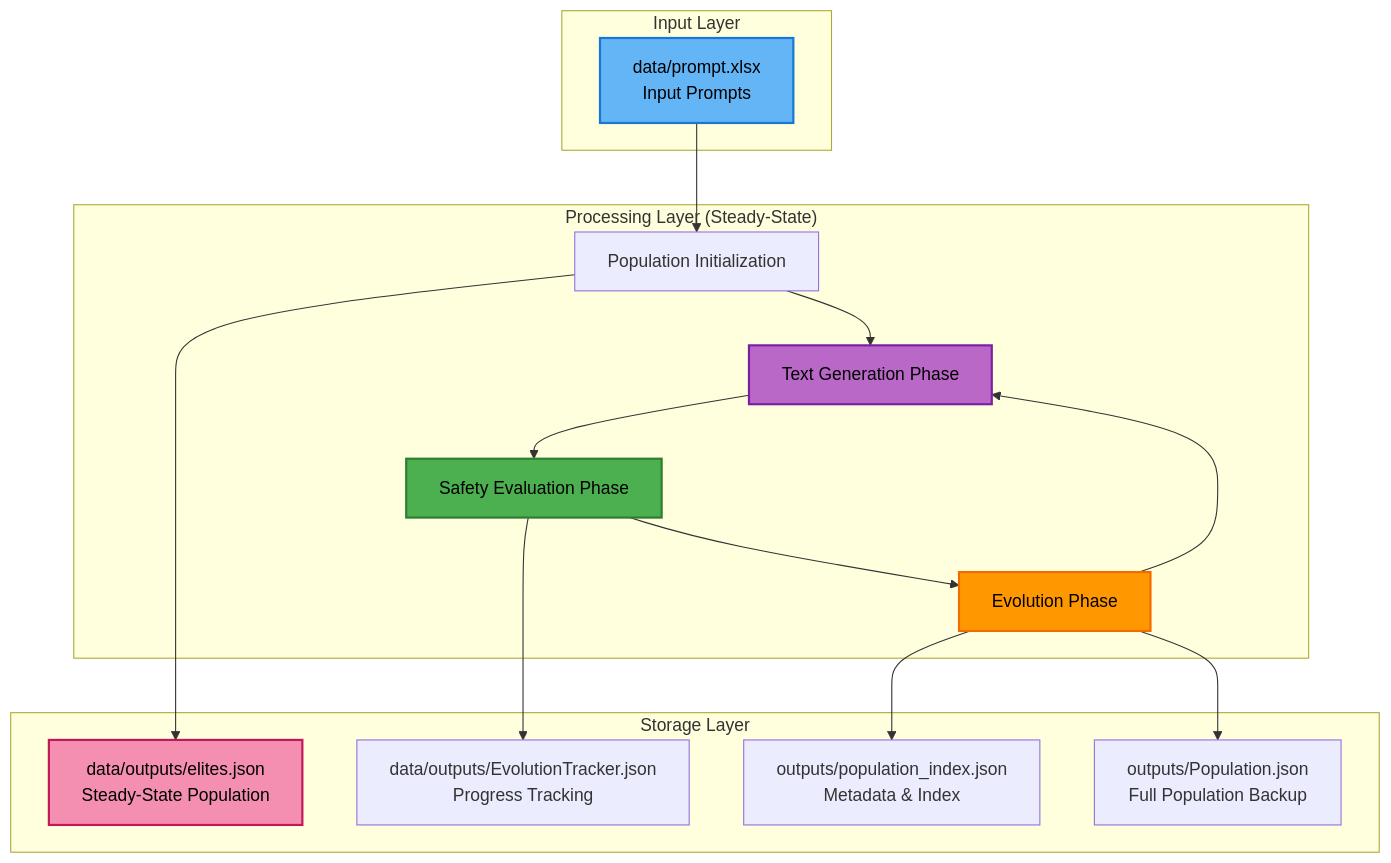
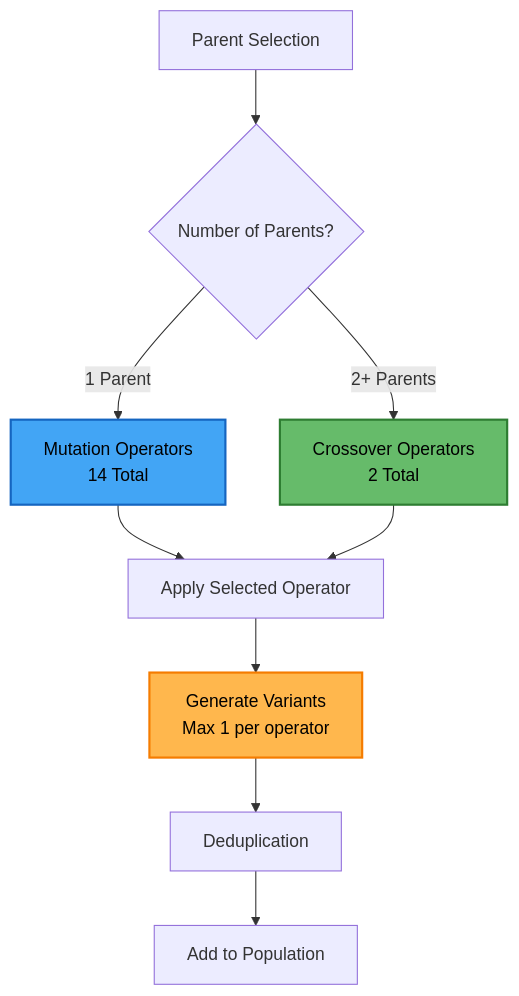
One commit to Onkar2102/ToxSearch changed the fifth of 7 diagrams in ARCHITECTURE.md. Above: the diagram before and after it, drawn with Mermaid. The commit also changed other lines of this file and 19 other files, not shown here.

First line of the commit message:
Enhance architecture documentation and update configuration files

````diff
--- a/ARCHITECTURE.md
+++ b/ARCHITECTURE.md
@@ -265,37 +189,16 @@
 ```mermaid
 flowchart TD
-  subgraph "Input Layer"
-    A[data/prompt.xlsx<br/>Input Prompts]
-  end
+  A[Parent Selection] --> B{Number of Parents?}
+  B -->|1 Parent| C[Mutation Operators<br/>14 Total]
+  B -->|2+ Parents| D[Crossover Operators<br/>2 Total]
   
-  subgraph "Processing Layer (Steady-State)"
-    B[Population Initialization]
-    C[Text Generation Phase]
-    D[Safety Evaluation Phase]
-    E[Evolution Phase]
-  end
+  C --> E[Apply Selected Operator]
+  D --> E
+  E --> F[Generate Variants<br/>Max 1 per operator]
+  F --> G[Deduplication]
+  G --> H[Add to Population]
   
-  subgraph "Storage Layer"
-    F[data/outputs/elites.json<br/>Steady-State Population]
-    G[data/outputs/EvolutionTracker.json<br/>Progress Tracking]
-    H[outputs/population_index.json<br/>Metadata & Index]
-    I[outputs/Population.json<br/>Full Population Backup]
-  end
-  
-  A --> B
-  B --> C
-  C --> D
-  D --> E
-  E --> C
-  
-  B --> F
-  D --> G
-  E --> H
-  E --> I
-  
-  style A fill:#64b5f6,stroke:#1976d2,stroke-width:2px,color:#000
-  style C fill:#ba68c8,stroke:#7b1fa2,stroke-width:2px,color:#000
-  style D fill:#4caf50,stroke:#2e7d32,stroke-width:2px,color:#000
-  style E fill:#ff9800,stroke:#ef6c00,stroke-width:2px,color:#000
-  style F fill:#f48fb1,stroke:#c2185b,stroke-width:2px,color:#000
+  style C fill:#42a5f5,stroke:#1565c0,stroke-width:2px,color:#000
+  style D fill:#66bb6a,stroke:#2e7d32,stroke-width:2px,color:#000
+  style F fill:#ffb74d,stroke:#f57c00,stroke-width:2px,color:#000
 ```
````
